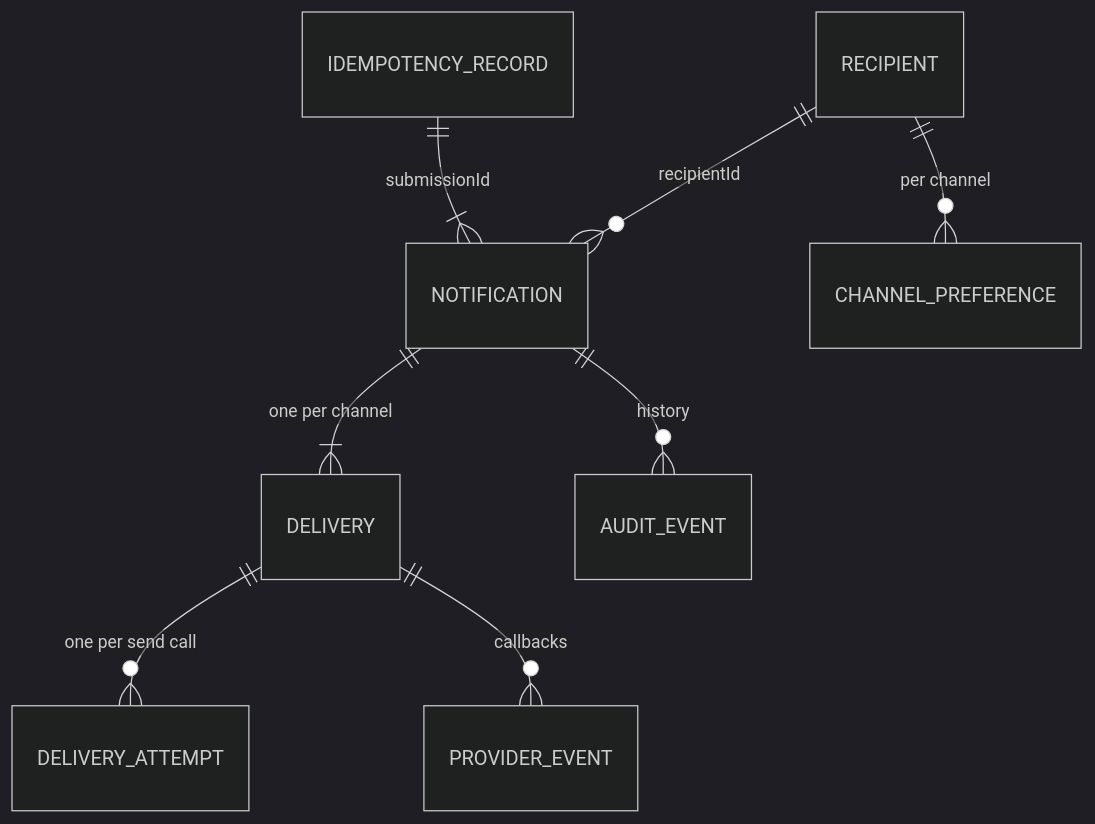
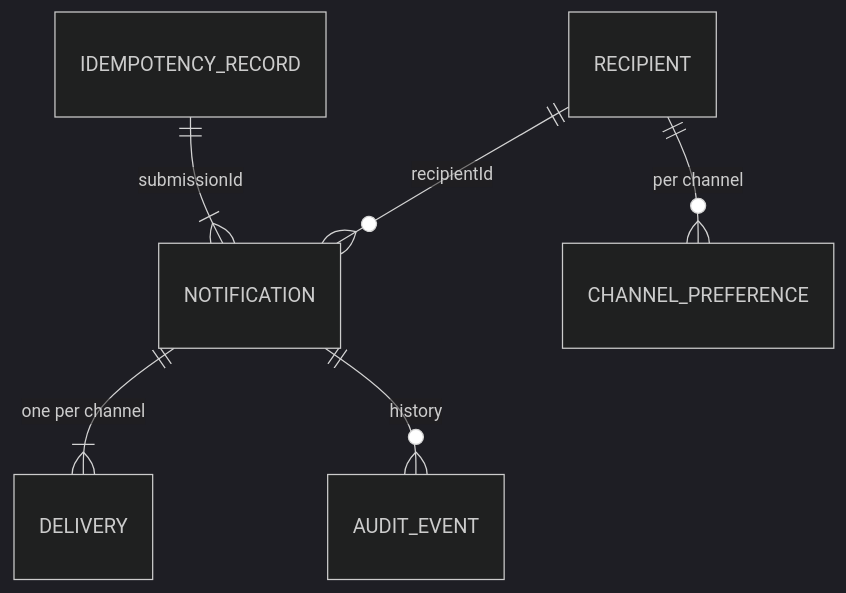
One commit to radwara/nms changed the second of 6 diagrams in docs/architecture.md. Above: the diagram before and after it, drawn with Mermaid (dark theme). The commit also changed other lines of this file, not shown here.

````diff
--- a/docs/architecture.md
+++ b/docs/architecture.md
@@ -182,10 +175,8 @@
 ```mermaid
 erDiagram
     IDEMPOTENCY_RECORD ||--|{ NOTIFICATION : "submissionId"
     NOTIFICATION ||--|{ DELIVERY : "one per channel"
-    DELIVERY ||--o{ DELIVERY_ATTEMPT : "one per send call"
-    DELIVERY ||--o{ PROVIDER_EVENT : "callbacks"
     NOTIFICATION ||--o{ AUDIT_EVENT : "history"
     RECIPIENT ||--o{ CHANNEL_PREFERENCE : "per channel"
     RECIPIENT ||--o{ NOTIFICATION : "recipientId"
 ```
````
